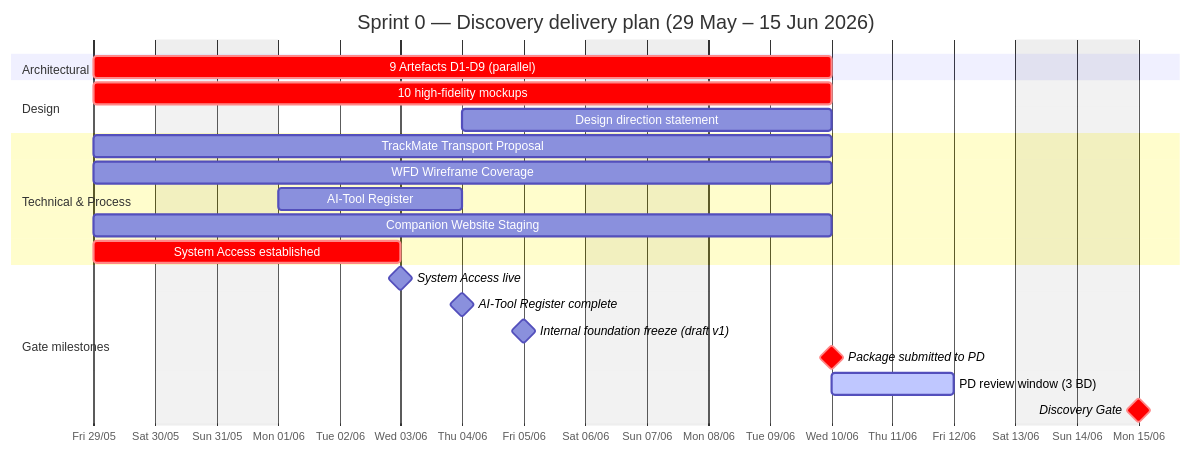
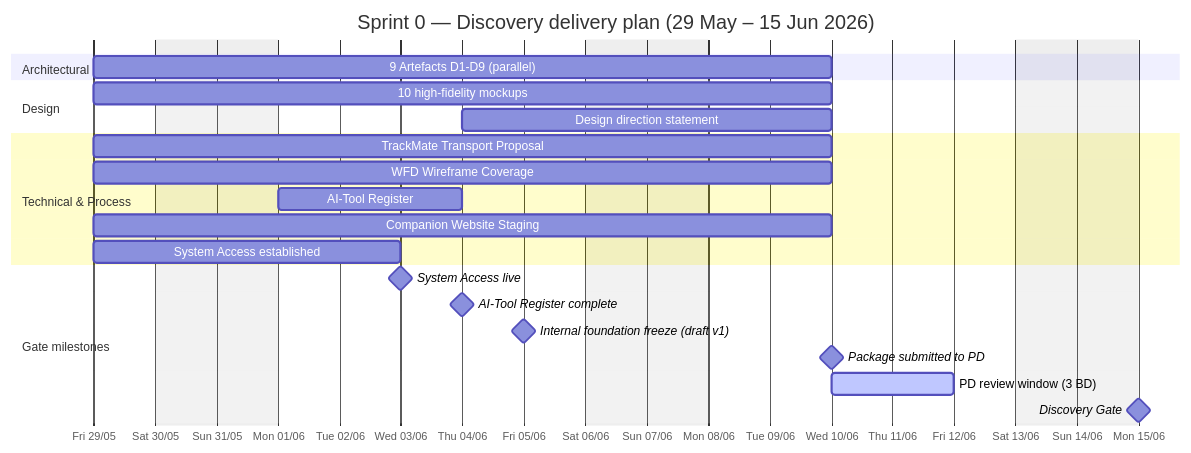
Before and after one commit to giakhanh22024558/Trackaroo-Cheat-Sheat: the diagram in confluence-export/01-about/02-planning/02-sprint-0-discovery.md, drawn with Mermaid. The commit also changed 1 other file, not shown here.

Commit message:
planning: remove :crit (red) markers from both gantt diagrams
Stripped ':crit' tag from:
  - master timeline gantt (_index.md)  - 5 gate milestones
  - sprint-0 gantt (02-sprint-0-discovery.md) - 3 task bars + 2 milestones

All bars + milestones now render in default mermaid colour. No semantic
change - critical-path info still conveyed by structure + Risk Register
in the page body.

````diff
--- a/confluence-export/01-about/02-planning/02-sprint-0-discovery.md
+++ b/confluence-export/01-about/02-planning/02-sprint-0-discovery.md
@@ -13,30 +13,30 @@
 ```mermaid
 gantt
     title Sprint 0 — Discovery delivery plan (29 May – 15 Jun 2026)
     dateFormat YYYY-MM-DD
     axisFormat %a %d/%m
     tickInterval 1day
     excludes weekends
 
     section Architectural
-    9 Artefacts D1-D9 (parallel)          :crit, 2026-05-29, 2026-06-10
+    9 Artefacts D1-D9 (parallel)          :2026-05-29, 2026-06-10
 
     section Design
-    10 high-fidelity mockups               :crit, 2026-05-29, 2026-06-10
+    10 high-fidelity mockups               :2026-05-29, 2026-06-10
     Design direction statement             :2026-06-04, 2026-06-10
 
     section Technical & Process
     TrackMate Transport Proposal           :2026-05-29, 2026-06-10
     WFD Wireframe Coverage                 :2026-05-29, 2026-06-10
     AI-Tool Register                       :2026-06-01, 2026-06-04
     Companion Website Staging              :2026-05-29, 2026-06-10
-    System Access established              :crit, 2026-05-29, 2026-06-03
+    System Access established              :2026-05-29, 2026-06-03
 
     section Gate milestones
     System Access live                     :milestone, 2026-06-03, 0d
     AI-Tool Register complete              :milestone, 2026-06-04, 0d
     Internal foundation freeze (draft v1)  :milestone, 2026-06-05, 0d
-    Package submitted to PD                :milestone, crit, 2026-06-10, 0d
+    Package submitted to PD                :milestone, 2026-06-10, 0d
     PD review window (3 BD)                :active, 2026-06-10, 2026-06-12
-    Discovery Gate                         :milestone, crit, 2026-06-15, 0d
+    Discovery Gate                         :milestone, 2026-06-15, 0d
 ```
````
